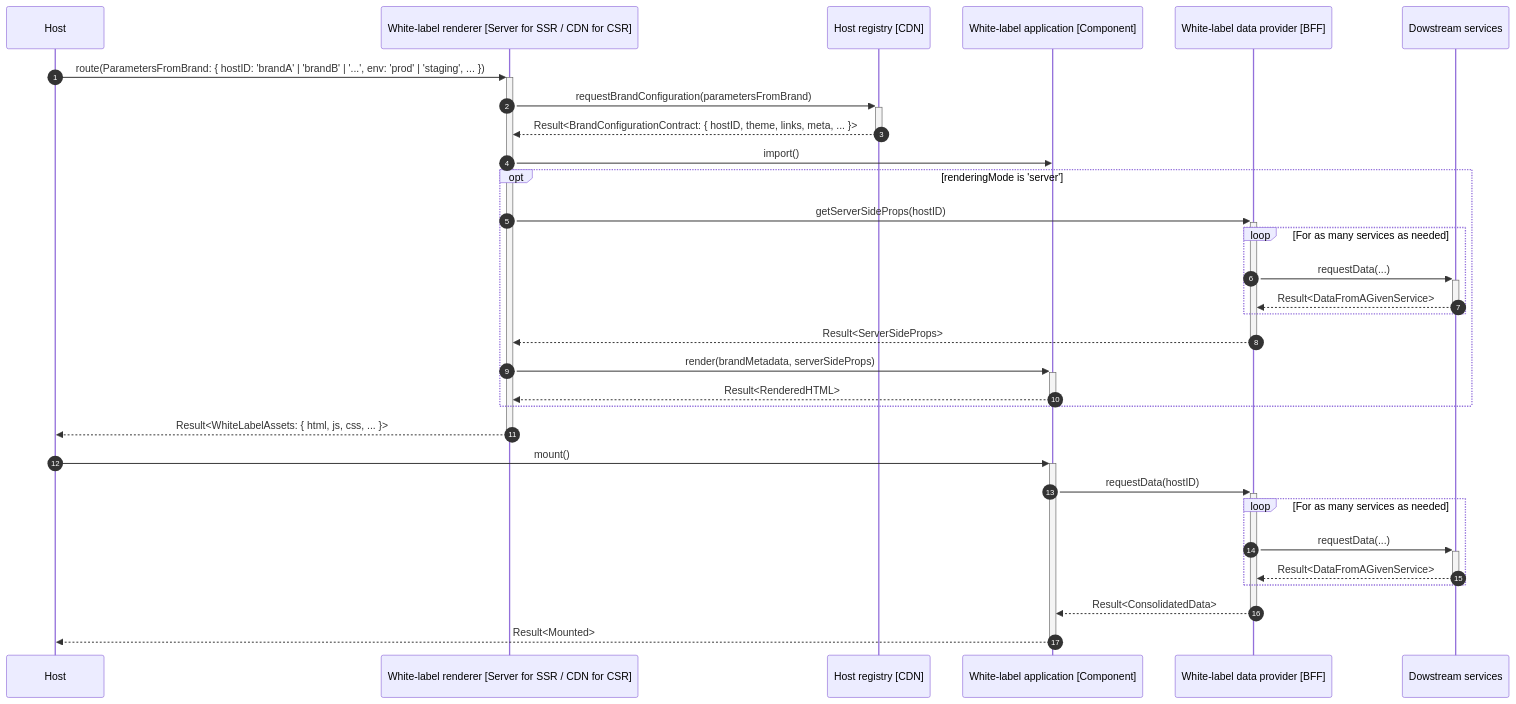
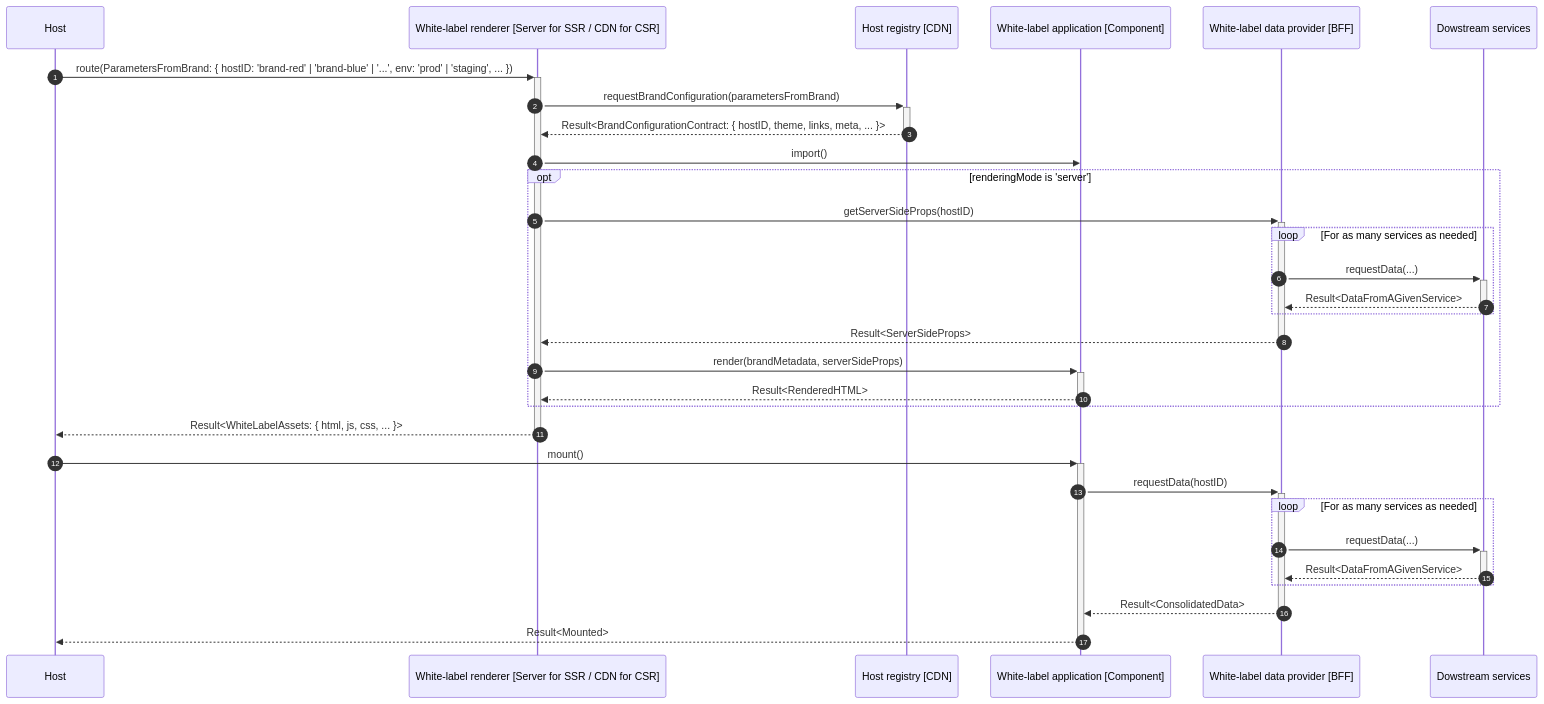
Before and after one commit to adbayb/poc-white-label: the diagram in README.md, drawn with Mermaid. The commit also changed other lines of this file and 50 other files, not shown here.

````diff
--- a/README.md
+++ b/README.md
@@ -45,37 +46,37 @@
 ```mermaid
 sequenceDiagram
     autonumber
     participant H as Host
     participant WR as White-label renderer [Server for SSR / CDN for CSR]
     # Dedicated component since the composition host-side are common concerns across white-labels (including white-label lifecycle management).
     # In any case, the shell will be needed, at least, to manage white-label lifecycle (mount/unmount/error/loading) and forward the brand theme (design tokens) to the white-label (it's not the white-label responsibility to retrieve the brand theme, its sole responsibility will be to open its API to accept the theme affectation from the shell).
     participant HR as Host registry [CDN]
     participant WA as White-label application [Component]
     participant WB as White-label data provider [BFF]
     participant D as Dowstream services
-    H->>+WR: route(ParametersFromBrand: { hostID: 'brandA' | 'brandB' | '...', env: 'prod' | 'staging', ... })
+    H->>+WR: route(ParametersFromBrand: { hostID: 'brand-red' | 'brand-blue' | '...', env: 'prod' | 'staging', ... })
     # Request parameters could be managed through environment variables
     WR->>+HR: requestBrandConfiguration(parametersFromBrand)
     HR-->>-WR: Result<BrandConfigurationContract: { hostID, theme, links, meta, ... }>
     # The integration operation should be defined technically depending on the performance budget (SEO constraint, ...): build-time (package consumption) / run-time (dynamic ESM loading) or server-side composition (reverse proxy, server side includes, ...)
     WR->>WA: import()
     opt renderingMode is 'server'
         WR->>+WB: getServerSideProps(hostID)
         loop For as many services as needed
             WB->>+D: requestData(...)
             D-->>-WB: Result<DataFromAGivenService>
         end
         WB-->>-WR: Result<ServerSideProps>
         WR->>+WA: render(brandMetadata, serverSideProps)
         WA-->>-WR: Result<RenderedHTML>
     end
     WR-->>-H: Result<WhiteLabelAssets: { html, js, css, ... }>
     H->>+WA: mount()
     WA->>+WB: requestData(hostID)
     loop For as many services as needed
         WB->>+D: requestData(...)
         D-->>-WB: Result<DataFromAGivenService>
     end
     WB-->>-WA: Result<ConsolidatedData>
     WA-->>-H: Result<Mounted>
 ```
````
